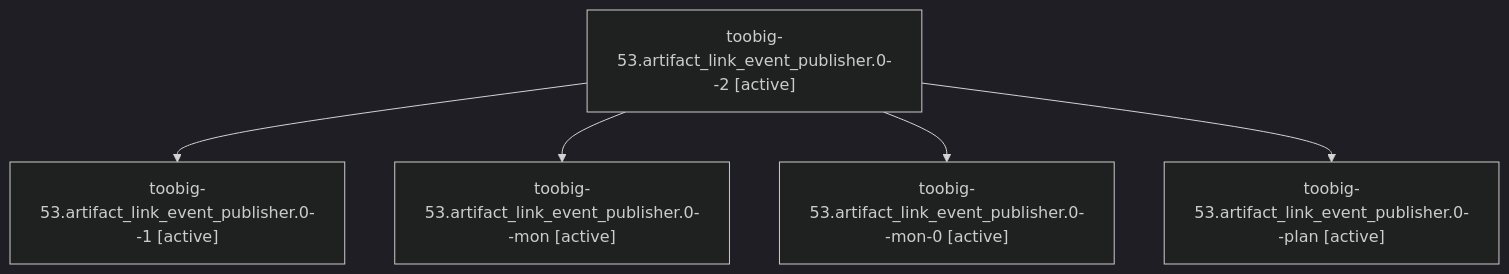
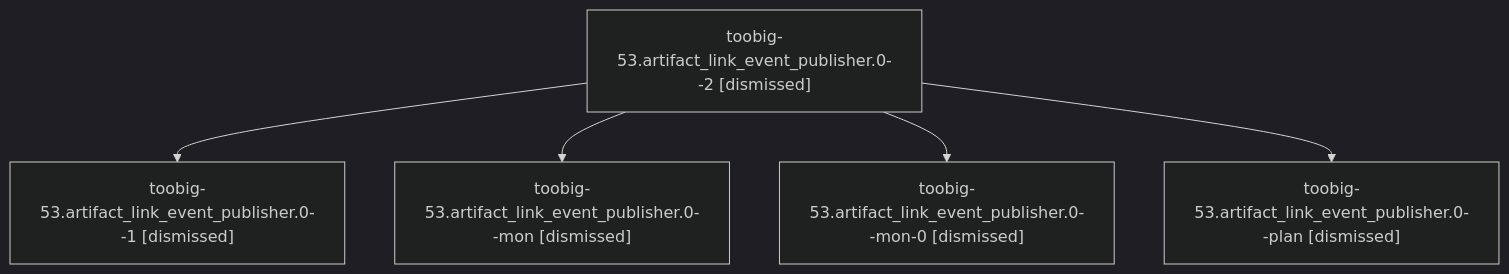
One commit to sase-org/sase--agents changed the diagram in sessions/bbugyi200.athena.toobig-53.artifact_link_event_publisher.0.md. Above: the diagram before and after it, drawn with Mermaid (dark theme). The commit also changed other lines of this file and 101 other files, not shown here.

````diff
--- a/sessions/bbugyi200.athena.toobig-53.artifact_link_event_publisher.0.md
+++ b/sessions/bbugyi200.athena.toobig-53.artifact_link_event_publisher.0.md
@@ -9,12 +9,12 @@
 ```mermaid
 flowchart TD
-  n0["toobig-53.artifact_link_event_publisher.0--2 [active]"]
-  n1["toobig-53.artifact_link_event_publisher.0--1 [active]"]
+  n0["toobig-53.artifact_link_event_publisher.0--2 [dismissed]"]
+  n1["toobig-53.artifact_link_event_publisher.0--1 [dismissed]"]
   n0 --> n1
-  n2["toobig-53.artifact_link_event_publisher.0--mon [active]"]
+  n2["toobig-53.artifact_link_event_publisher.0--mon [dismissed]"]
   n0 --> n2
-  n3["toobig-53.artifact_link_event_publisher.0--mon-0 [active]"]
+  n3["toobig-53.artifact_link_event_publisher.0--mon-0 [dismissed]"]
   n0 --> n3
-  n4["toobig-53.artifact_link_event_publisher.0--plan [active]"]
+  n4["toobig-53.artifact_link_event_publisher.0--plan [dismissed]"]
   n0 --> n4
 ```
````
